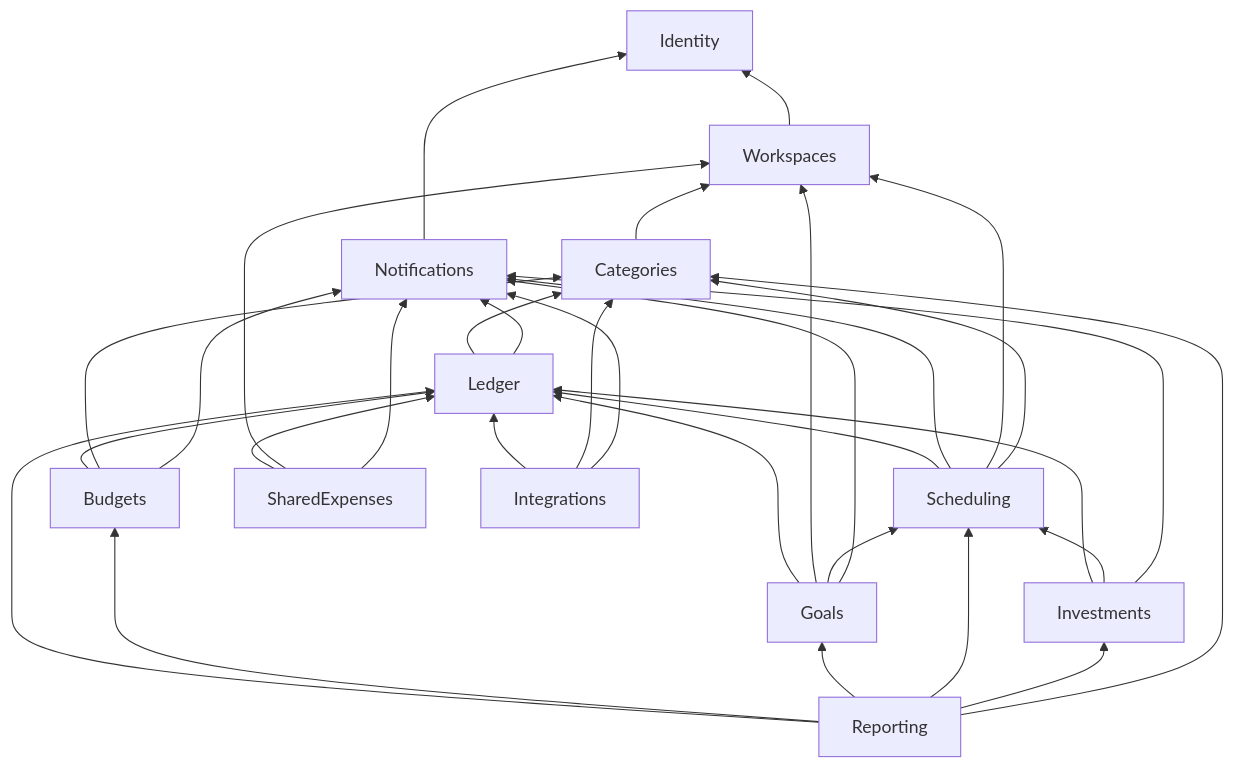
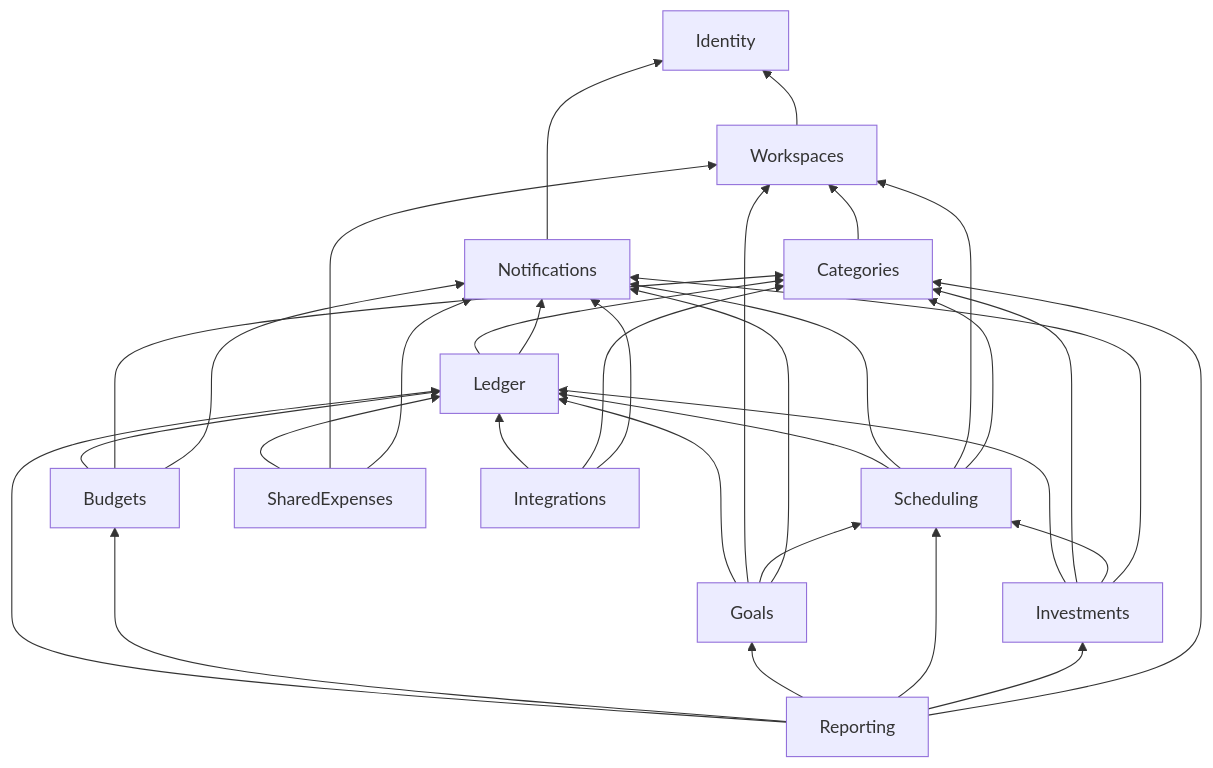
The diagram in docs/diagrams/modules.md (TorresMBA/finanzas-hub-api), drawn with Mermaid before and after one commit. The commit also changed 36 other files, not shown here.

````diff
--- a/docs/diagrams/modules.md
+++ b/docs/diagrams/modules.md
@@ -3,47 +3,48 @@
 ```mermaid
 flowchart BT
     ID["Identity"]
     WS["Workspaces"]
     NT["Notifications"]
     CT["Categories"]
     LG["Ledger"]
     SC["Scheduling"]
     BD["Budgets"]
     GL["Goals"]
     SE["SharedExpenses"]
     IN["Integrations"]
     IV["Investments"]
     RP["Reporting"]
 
     WS --> ID
     NT --> ID
     CT --> WS
     LG --> CT
     LG --> NT
     SC --> LG
     SC --> NT
     SC --> WS
     SC --> CT
     BD --> LG
     BD --> CT
     BD --> NT
     GL --> LG
     GL --> WS
     GL --> SC
     GL --> NT
     SE --> LG
     SE --> WS
     SE --> NT
     IN --> LG
     IN --> CT
     IN --> NT
     IV --> LG
+    IV --> CT
     IV --> SC
     IV --> NT
     RP --> LG
     RP --> BD
     RP --> GL
     RP --> SC
     RP --> IV
     RP --> CT
 ```
````
